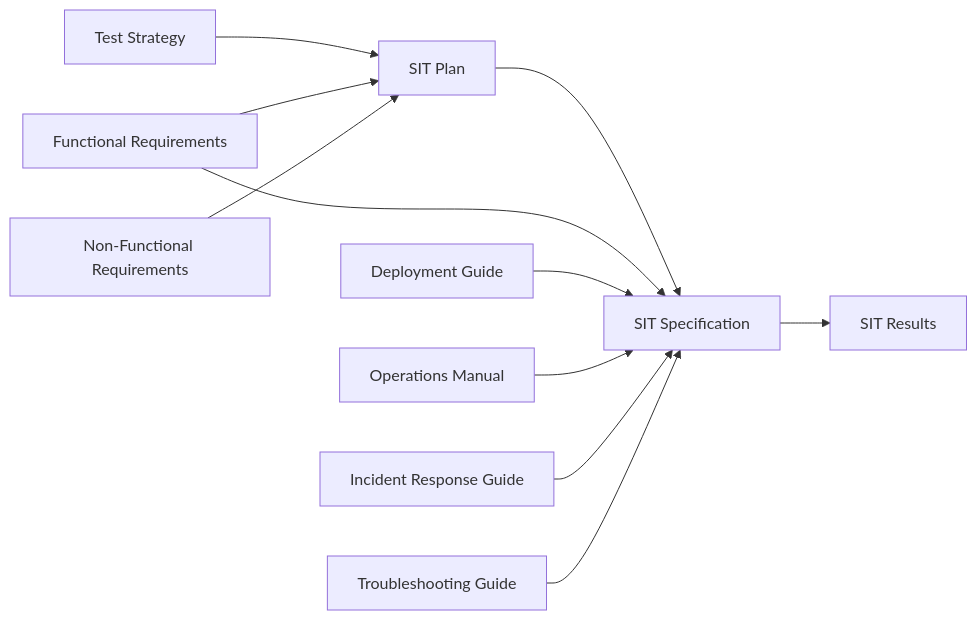
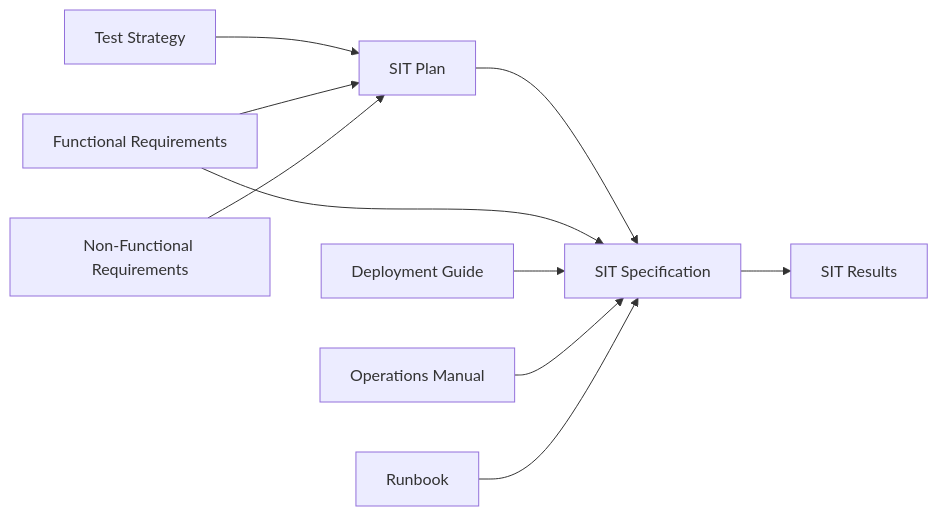
One commit to mahitotsu/ukiyoue changed diagram 13 of 15 in specs/artifact-relationships.md. Above: the diagram before and after it, drawn with Mermaid. The commit also changed other lines of this file and 6 other files, not shown here.

First line of the commit message:
docs: consolidate Incident Response + Troubleshooting → Runbook

````diff
--- a/specs/artifact-relationships.md
+++ b/specs/artifact-relationships.md
@@ -510,15 +520,14 @@
 ```mermaid
 graph LR
     TestStrat[Test Strategy] --> SITPlan[SIT Plan]
     FuncReq[Functional Requirements] --> SITPlan
     NonFuncReq[Non-Functional Requirements] --> SITPlan
 
     SITPlan --> SITSpec[SIT Specification]
     FuncReq --> SITSpec
     DeployGuide[Deployment Guide] --> SITSpec
     OpsManual[Operations Manual] --> SITSpec
-    IncidentGuide[Incident Response Guide] --> SITSpec
-    TroubleGuide[Troubleshooting Guide] --> SITSpec
+    Runbook[Runbook] --> SITSpec
 
     SITSpec --> SITResults[SIT Results]
 ```
````
